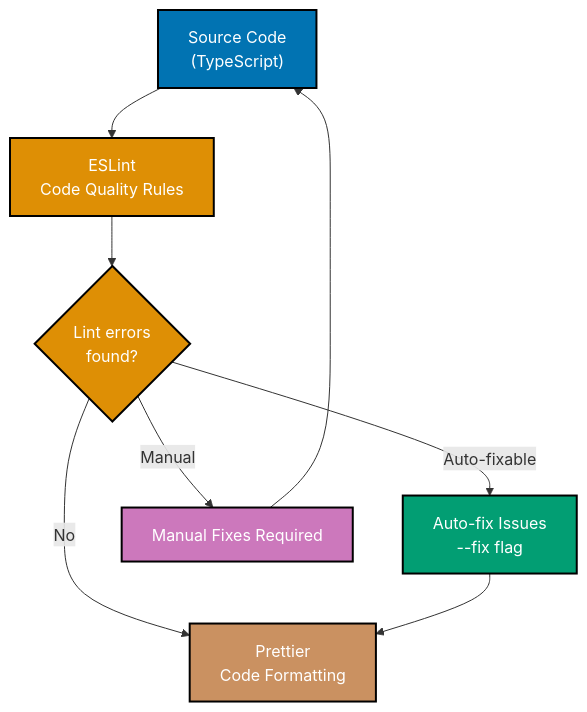
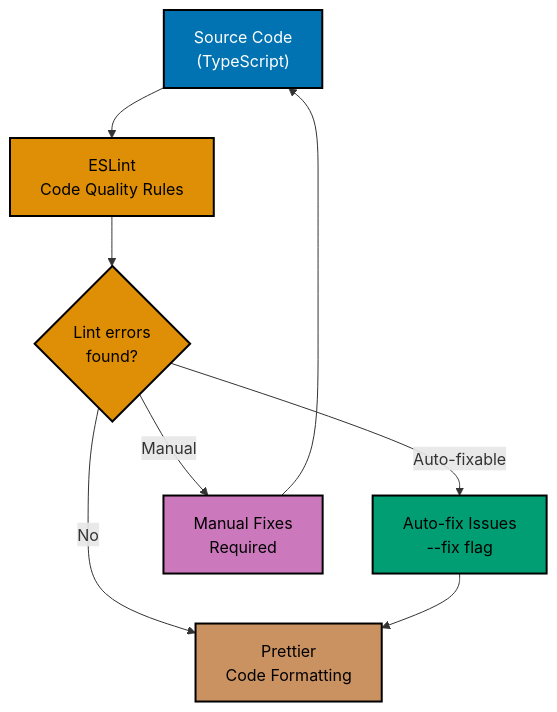
The first of 6 diagrams in docs/explanation/software-engineering/programming-languages/typescript/linting-and-formatting.md (wahidyankf/ose-public), drawn with Mermaid before and after one commit. The commit also changed other lines of this file and 57 other files, not shown here.

First line of the commit message:
docs(diagrams): make docs diagrams accessible

````diff
--- a/docs/explanation/software-engineering/programming-languages/typescript/linting-and-formatting.md
+++ b/docs/explanation/software-engineering/programming-languages/typescript/linting-and-formatting.md
@@ -42,17 +42,19 @@
 ```mermaid
 %% Color Palette: Blue #0173B2, Orange #DE8F05, Teal #029E73, Purple #CC78BC, Brown #CA9161
 graph TD
+    accTitle: ESLint → Prettier → TypeScript Pipeline
+    accDescr: Source Code TypeScript leads to ESLint Code Quality Rules; ESLint Code Quality Rules leads to Lint errors found?; Lint errors found? leads to Auto-fix Issues via Auto-fixable; Auto-fix Issues leads to fix flag; and 4 more links.
     Code["Source Code<br/>#40;TypeScript#41;"]:::blue --> ESLint["ESLint<br/>Code Quality Rules"]:::orange
     ESLint --> ESLintErrors{"Lint errors<br/>found?"}:::orange
     ESLintErrors -->|"Auto-fixable"| AutoFix["Auto-fix Issues<br/>--fix flag"]:::teal
-    ESLintErrors -->|"Manual"| ManualFix["Manual Fixes Required"]:::purple
+    ESLintErrors -->|"Manual"| ManualFix["Manual Fixes<br/>Required"]:::purple
     ESLintErrors -->|No| Prettier["Prettier<br/>Code Formatting"]:::brown
     AutoFix --> Prettier
     ManualFix --> Code
 
     classDef blue fill:#0173B2,stroke:#000000,color:#FFFFFF,stroke-width:2px
-    classDef orange fill:#DE8F05,stroke:#000000,color:#FFFFFF,stroke-width:2px
-    classDef teal fill:#029E73,stroke:#000000,color:#FFFFFF,stroke-width:2px
-    classDef purple fill:#CC78BC,stroke:#000000,color:#FFFFFF,stroke-width:2px
-    classDef brown fill:#CA9161,stroke:#000000,color:#FFFFFF,stroke-width:2px
+    classDef orange fill:#DE8F05,stroke:#000000,color:#000000,stroke-width:2px
+    classDef teal fill:#029E73,stroke:#000000,color:#000000,stroke-width:2px
+    classDef purple fill:#CC78BC,stroke:#000000,color:#000000,stroke-width:2px
+    classDef brown fill:#CA9161,stroke:#000000,color:#000000,stroke-width:2px
 ```
````
